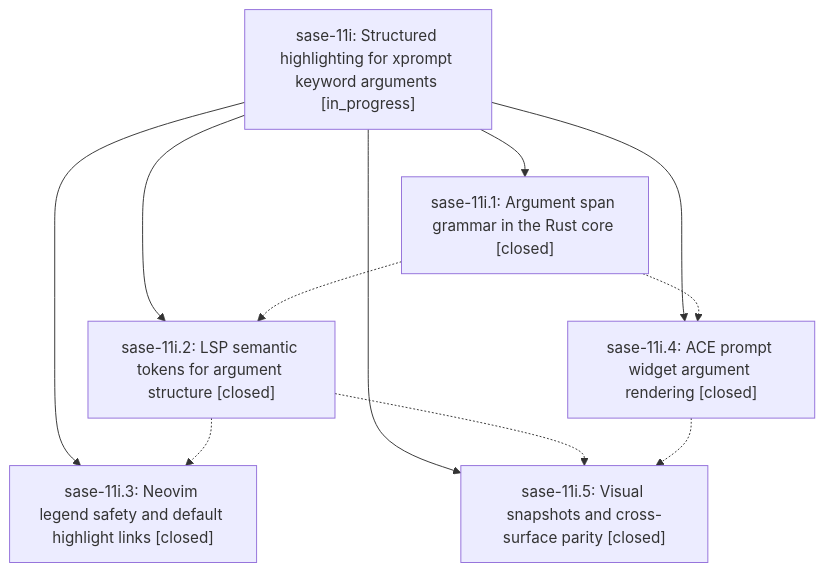
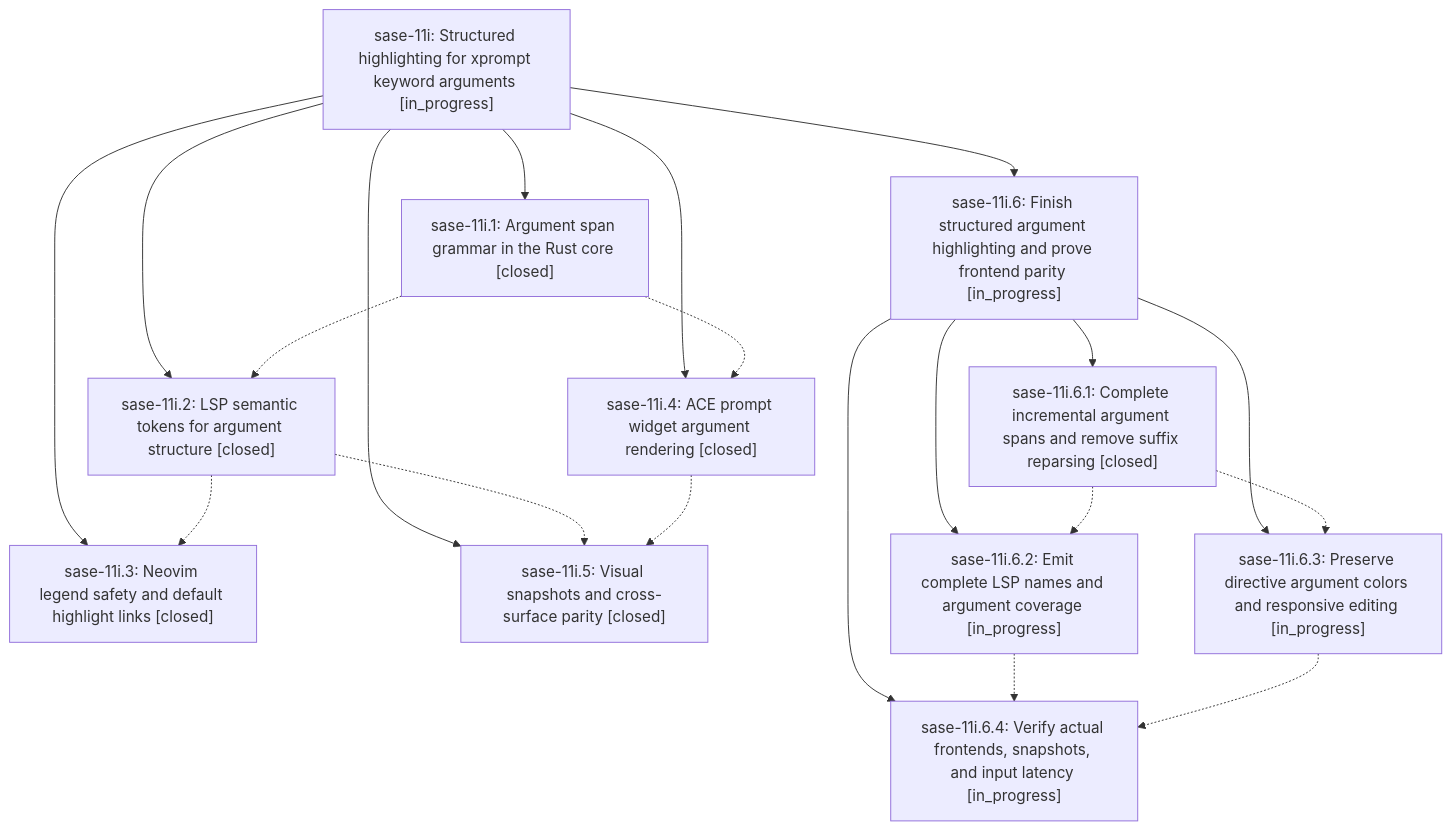
One commit to sase-org/sase--beads changed the diagram in pages/sase-11i/README.md. Above: the diagram before and after it, drawn with Mermaid. The commit also changed other lines of this file and 5 other files, not shown here.

````diff
--- a/pages/sase-11i/README.md
+++ b/pages/sase-11i/README.md
@@ -26,19 +32,33 @@
 ```mermaid
 flowchart TD
     n0["sase-11i: Structured highlighting for xprompt keyword arguments [in_progress]"]
     n1["sase-11i.1: Argument span grammar in the Rust core [closed]"]
     n2["sase-11i.2: LSP semantic tokens for argument structure [closed]"]
     n3["sase-11i.3: Neovim legend safety and default highlight links [closed]"]
     n4["sase-11i.4: ACE prompt widget argument rendering [closed]"]
     n5["sase-11i.5: Visual snapshots and cross-surface parity [closed]"]
+    n6["sase-11i.6: Finish structured argument highlighting and prove frontend parity [in_progress]"]
+    n7["sase-11i.6.1: Complete incremental argument spans and remove suffix reparsing [closed]"]
+    n8["sase-11i.6.2: Emit complete LSP names and argument coverage [in_progress]"]
+    n9["sase-11i.6.3: Preserve directive argument colors and responsive editing [in_progress]"]
+    n10["sase-11i.6.4: Verify actual frontends, snapshots, and input latency [in_progress]"]
     n0 --> n1
     n0 --> n2
     n0 --> n3
     n0 --> n4
     n0 --> n5
+    n0 --> n6
+    n6 --> n7
+    n6 --> n8
+    n6 --> n9
+    n6 --> n10
     n1 -.-> n2
     n1 -.-> n4
     n2 -.-> n3
     n2 -.-> n5
     n4 -.-> n5
+    n7 -.-> n8
+    n7 -.-> n9
+    n8 -.-> n10
+    n9 -.-> n10
 ```
````
